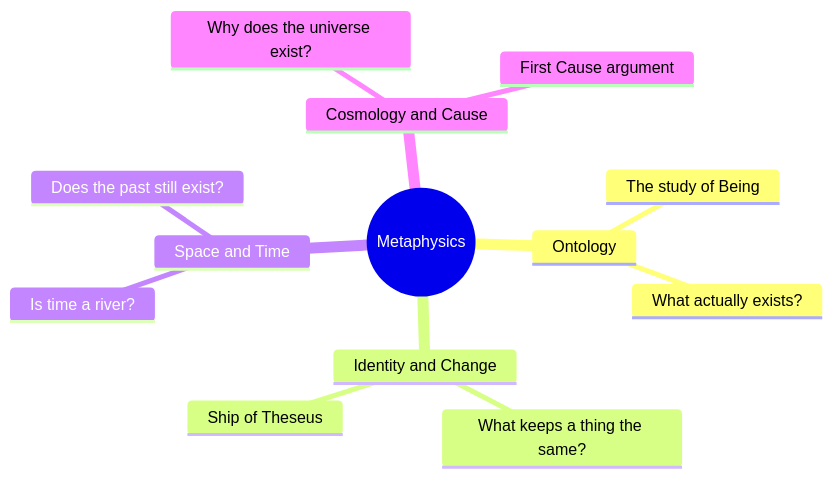
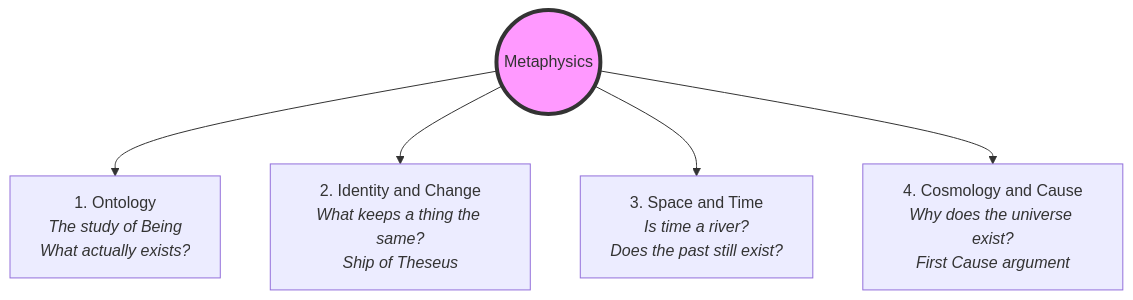
Before and after one commit to AtlasRoX/everything101: the diagram in humanities-finance-society/Philosophy/Metaphysics101.md, drawn with Mermaid. The commit also changed 4 other files, not shown here.

Commit message:
fix: convert unsupported mindmap diagrams to standard flowcharts

````diff
--- a/humanities-finance-society/Philosophy/Metaphysics101.md
+++ b/humanities-finance-society/Philosophy/Metaphysics101.md
@@ -51,16 +51,9 @@
 ```mermaid
-mindmap
-  root((Metaphysics))
-    Ontology
-      The study of Being
-      What actually exists?
-    Identity and Change
-      What keeps a thing the same?
-      Ship of Theseus
-    Space and Time
-      Is time a river?
-      Does the past still exist?
-    Cosmology and Cause
-      Why does the universe exist?
-      First Cause argument
+graph TD
+    Root((Metaphysics)) --> Ontology["1. Ontology<br><i>The study of Being<br>What actually exists?</i>"]
+    Root --> Identity["2. Identity and Change<br><i>What keeps a thing the same?<br>Ship of Theseus</i>"]
+    Root --> SpaceTime["3. Space and Time<br><i>Is time a river?<br>Does the past still exist?</i>"]
+    Root --> Cosmology["4. Cosmology and Cause<br><i>Why does the universe exist?<br>First Cause argument</i>"]
+
+    style Root fill:#f9f,stroke:#333,stroke-width:4px
 ```
````
